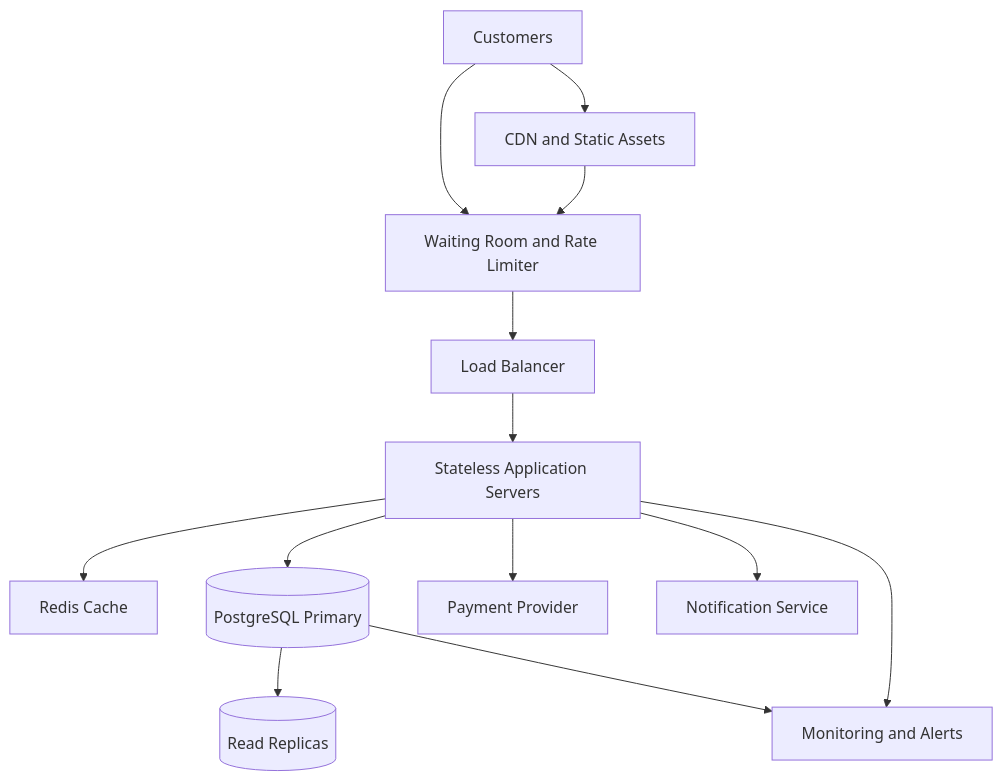
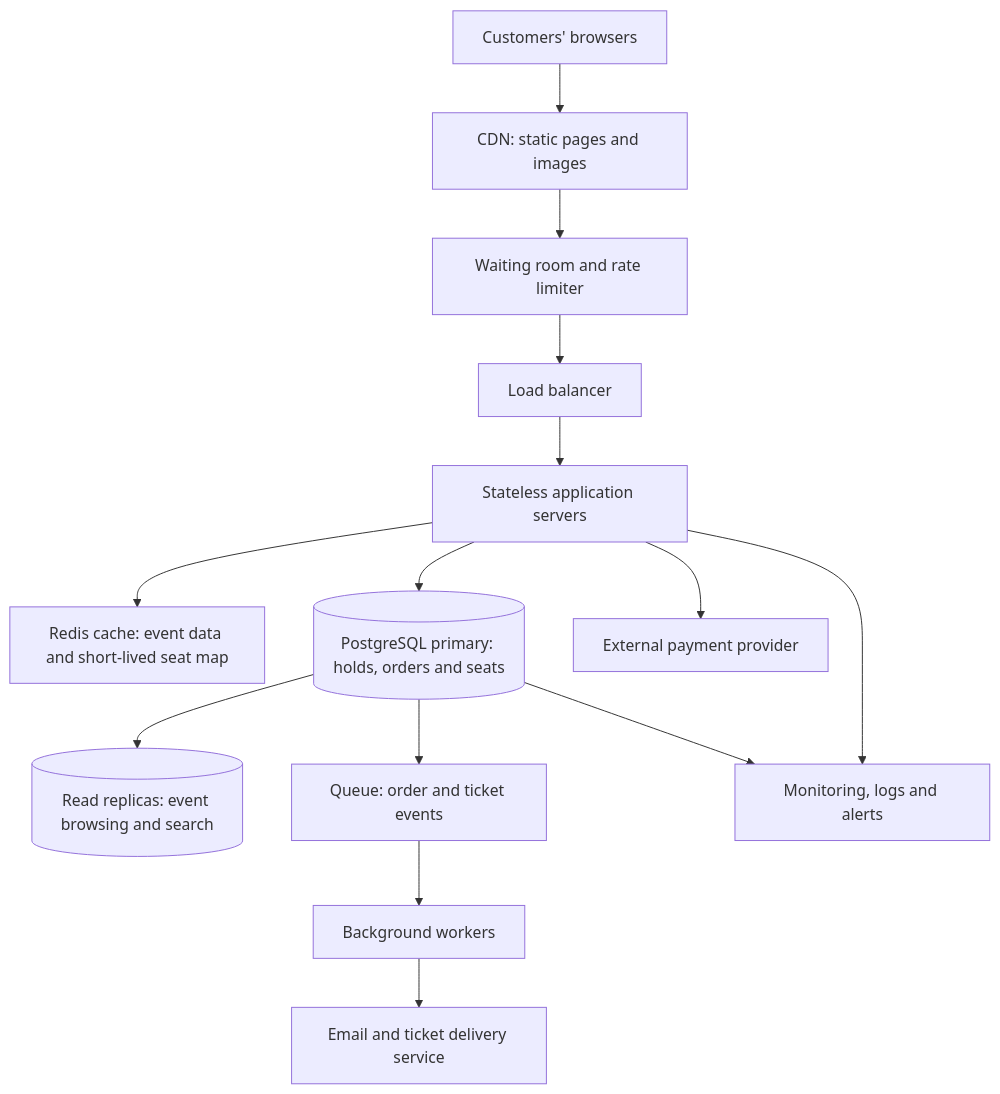
Before and after one commit to Jesse14154/web-foundations-days: the diagram in day8/ticketing-design.md, drawn with Mermaid. The commit also changed other lines of this file, not shown here.

````diff
--- a/day8/ticketing-design.md
+++ b/day8/ticketing-design.md
@@ -346,15 +270,19 @@
 ```mermaid
 flowchart TD
-    U[Customers] --> CDN[CDN and Static Assets]
-    U --> W[Waiting Room and Rate Limiter]
-    CDN --> W
-    W --> LB[Load Balancer]
-    LB --> APP[Stateless Application Servers]
-    APP --> CACHE[Redis Cache]
-    APP --> DB[(PostgreSQL Primary)]
-    DB --> REPLICA[(Read Replicas)]
-    APP --> PAY[Payment Provider]
-    APP --> NOTIFY[Notification Service]
-    DB --> MON[Monitoring and Alerts]
-    APP --> MON
+    U[Customers' browsers] --> CDN[CDN: static pages and images]
+    CDN --> W[Waiting room and rate limiter]
+    W --> LB[Load balancer]
+    LB --> APP[Stateless application servers]
+
+    APP --> CACHE[Redis cache: event data and short-lived seat map]
+    APP --> DB[(PostgreSQL primary: holds, orders and seats)]
+    APP --> PAY[External payment provider]
+
+    DB --> REPLICA[(Read replicas: event browsing and search)]
+    DB --> Q[Queue: order and ticket events]
+    Q --> WORK[Background workers]
+    WORK --> EMAIL[Email and ticket delivery service]
+
+    APP --> MON[Monitoring, logs and alerts]
+    DB --> MON
 ```
````
